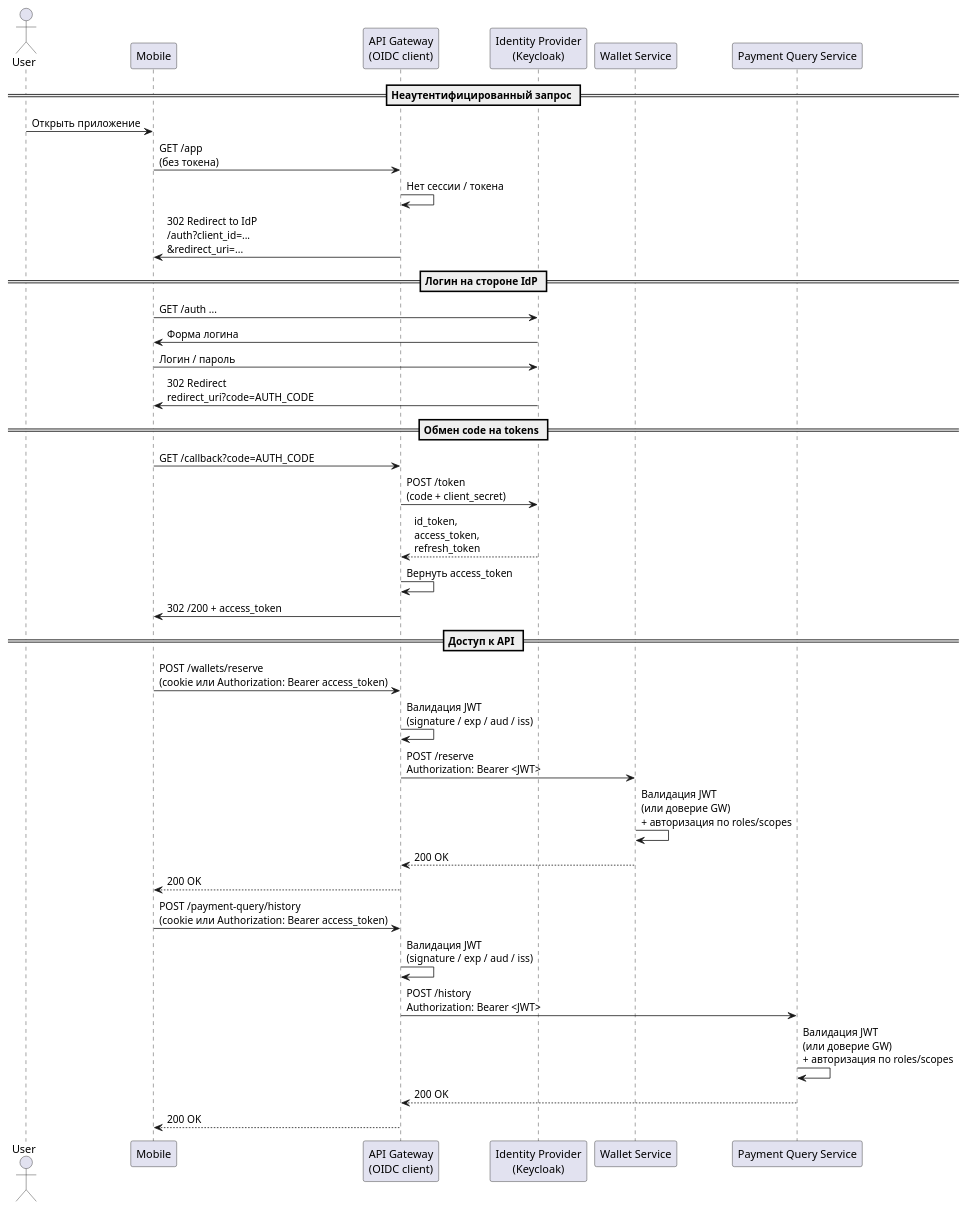
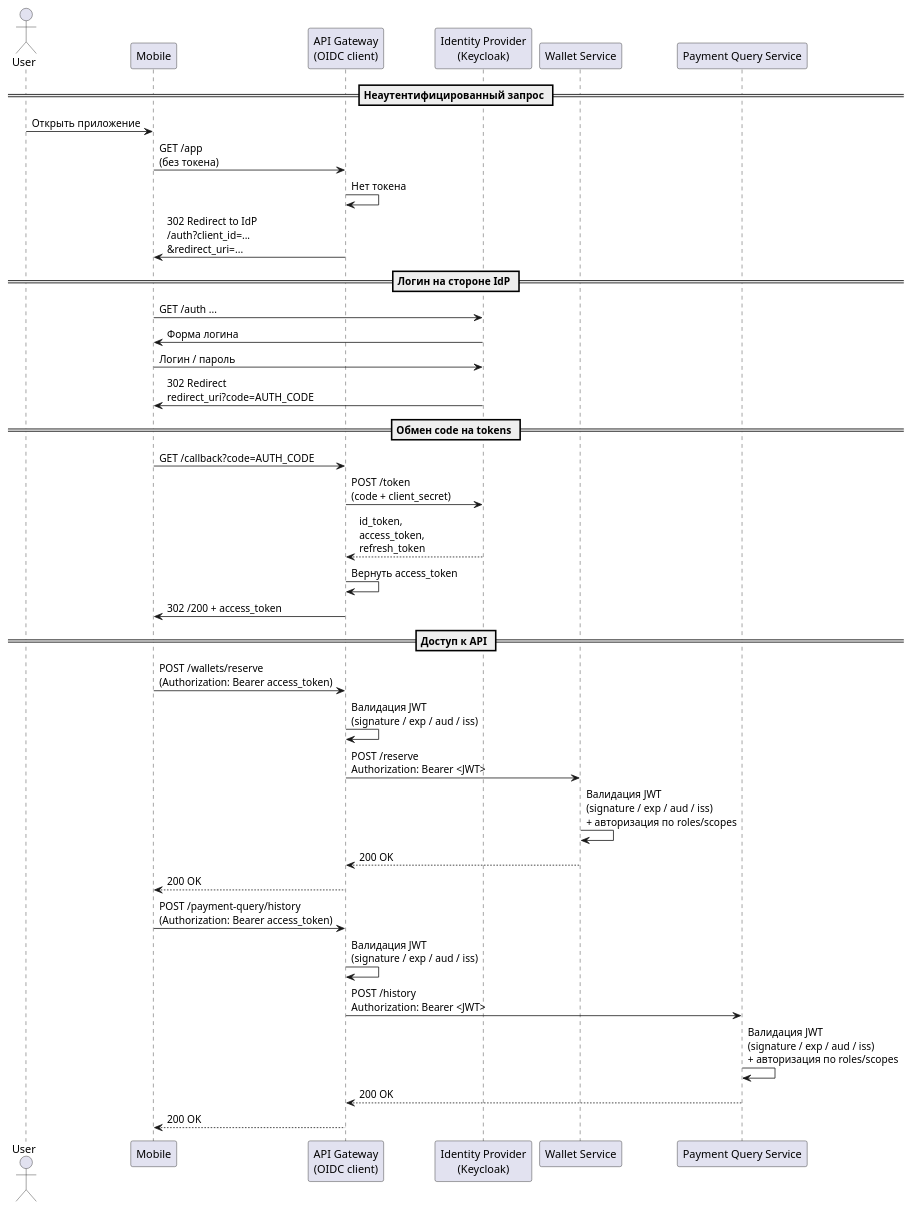
The diagram in project/Sequence/SequenceOIDSFlow.puml (vaneks/System-design), drawn with PlantUML before and after one commit. The commit also changed 17 other files, not shown here.

```diff
--- a/project/Sequence/SequenceOIDSFlow.puml
+++ b/project/Sequence/SequenceOIDSFlow.puml
@@ -1,55 +1,55 @@
 @startuml
 
 actor User
 participant "Mobile" as Client
 participant "API Gateway\n(OIDC client)" as GW
 participant "Identity Provider\n(Keycloak)" as IdP
 participant "Wallet Service" as Wallet
 participant "Payment Query Service" as Query
 
 == Неаутентифицированный запрос ==
 
 User -> Client : Открыть приложение
 Client -> GW : GET /app\n(без токена)
 
-GW -> GW : Нет сессии / токена
+GW -> GW : Нет токена
 GW -> Client : 302 Redirect to IdP\n/auth?client_id=...\n&redirect_uri=...
 
 == Логин на стороне IdP ==
 
 Client -> IdP : GET /auth ...
 IdP -> Client : Форма логина
 Client -> IdP : Логин / пароль
 
 IdP -> Client : 302 Redirect\nredirect_uri?code=AUTH_CODE
 
 == Обмен code на tokens ==
 
 Client -> GW : GET /callback?code=AUTH_CODE
 GW -> IdP : POST /token\n(code + client_secret)
 IdP --> GW : id_token,\naccess_token,\nrefresh_token
 
 GW -> GW : Вернуть access_token
 GW -> Client : 302 /200 + access_token
 
 == Доступ к API ==
 
-Client -> GW : POST /wallets/reserve\n(cookie или Authorization: Bearer access_token)
+Client -> GW : POST /wallets/reserve\n(Authorization: Bearer access_token)
 
 GW -> GW : Валидация JWT\n(signature / exp / aud / iss)
 
 GW -> Wallet : POST /reserve\nAuthorization: Bearer <JWT>
-Wallet -> Wallet : Валидация JWT\n(или доверие GW)\n+ авторизация по roles/scopes
+Wallet -> Wallet : Валидация JWT\n(signature / exp / aud / iss)\n+ авторизация по roles/scopes
 Wallet --> GW : 200 OK
 GW --> Client : 200 OK
 
-Client -> GW : POST /payment-query/history\n(cookie или Authorization: Bearer access_token)
+Client -> GW : POST /payment-query/history\n(Authorization: Bearer access_token)
 
 GW -> GW : Валидация JWT\n(signature / exp / aud / iss)
 
 GW -> Query : POST /history\nAuthorization: Bearer <JWT>
-Query -> Query : Валидация JWT\n(или доверие GW)\n+ авторизация по roles/scopes
+Query -> Query : Валидация JWT\n(signature / exp / aud / iss)\n+ авторизация по roles/scopes
 Query --> GW : 200 OK
 GW --> Client : 200 OK
 
 @enduml
```
